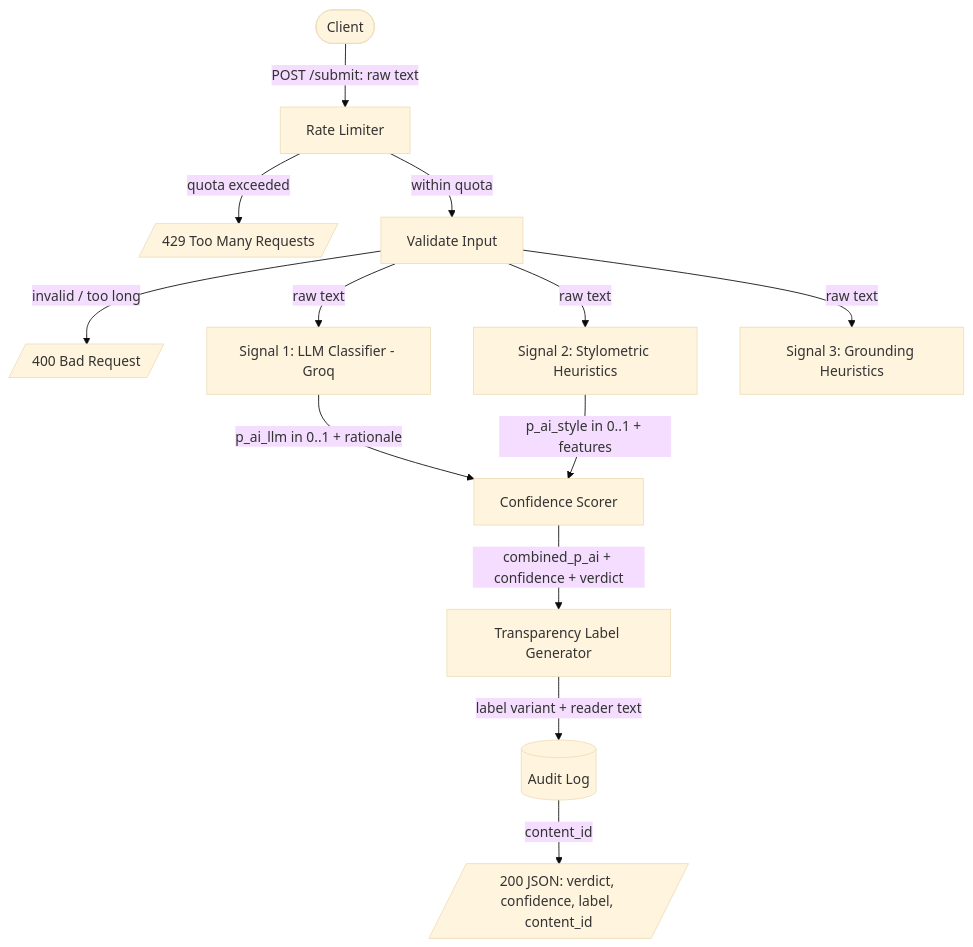
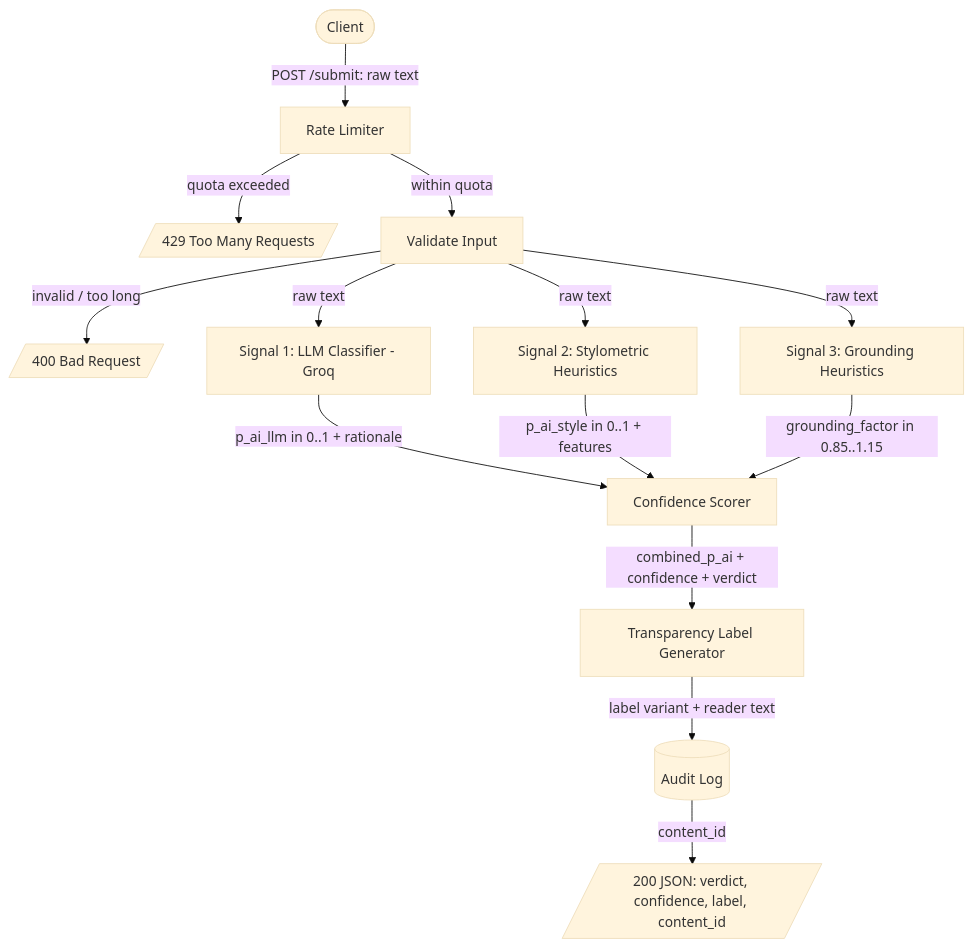
One commit to DasEd955/AttributionLens changed the first of 2 diagrams in README.md. Above: the diagram before and after it, drawn with Mermaid (base theme).

````diff
--- a/README.md
+++ b/README.md
@@ -53,15 +53,16 @@
 ```mermaid
 flowchart TD
     A([Client]) -->|POST /submit: raw text| B[Rate Limiter]
     B -->|quota exceeded| RL[/429 Too Many Requests/]
     B -->|within quota| C[Validate Input]
     C -->|invalid / too long| ERR[/400 Bad Request/]
     C -->|raw text| D[Signal 1: LLM Classifier - Groq]
     C -->|raw text| E[Signal 2: Stylometric Heuristics]
     C -->|raw text| G3[Signal 3: Grounding Heuristics]
     D -->|p_ai_llm in 0..1 + rationale| F[Confidence Scorer]
     E -->|p_ai_style in 0..1 + features| F
+    G3 -->|grounding_factor in 0.85..1.15| F
     F -->|combined_p_ai + confidence + verdict| G[Transparency Label Generator]
     G -->|label variant + reader text| H[(Audit Log)]
     H -->|content_id| I[/200 JSON: verdict, confidence, label, content_id/]
 ```
````
